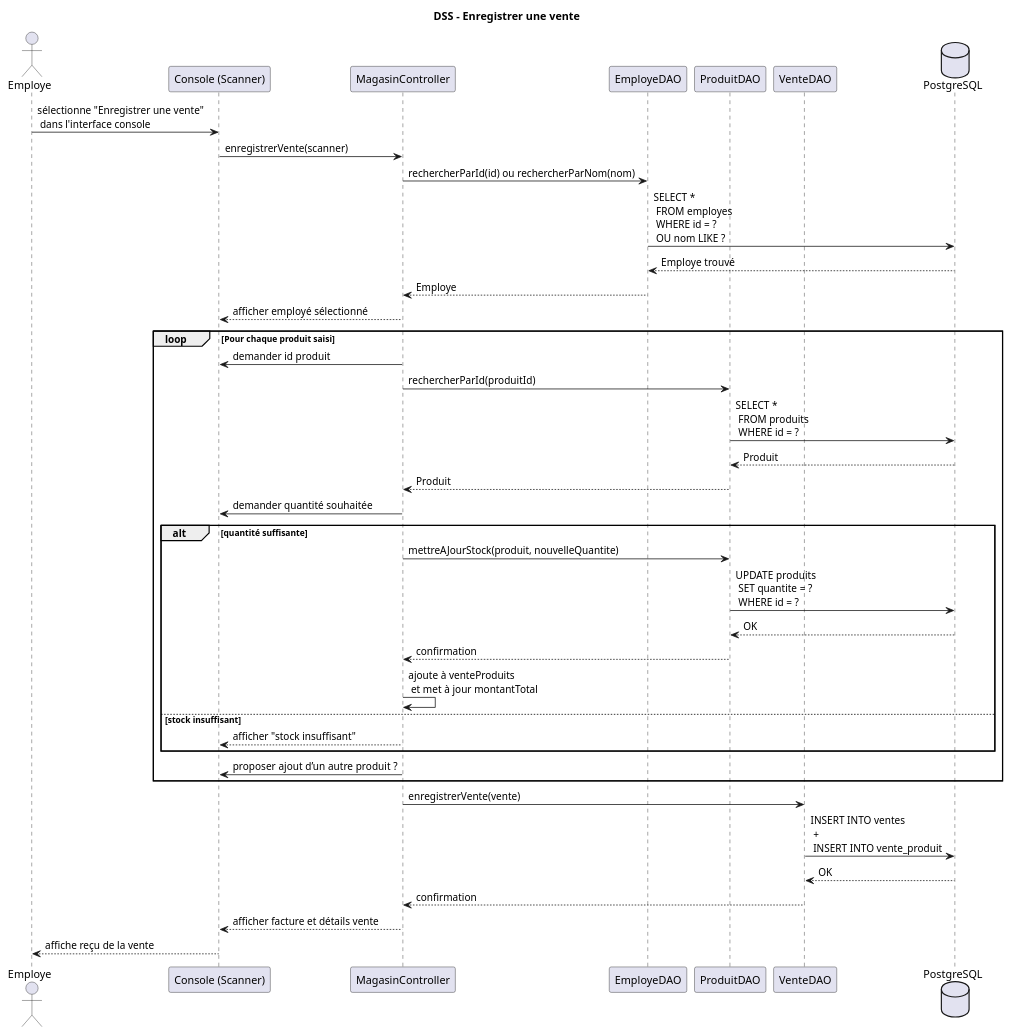
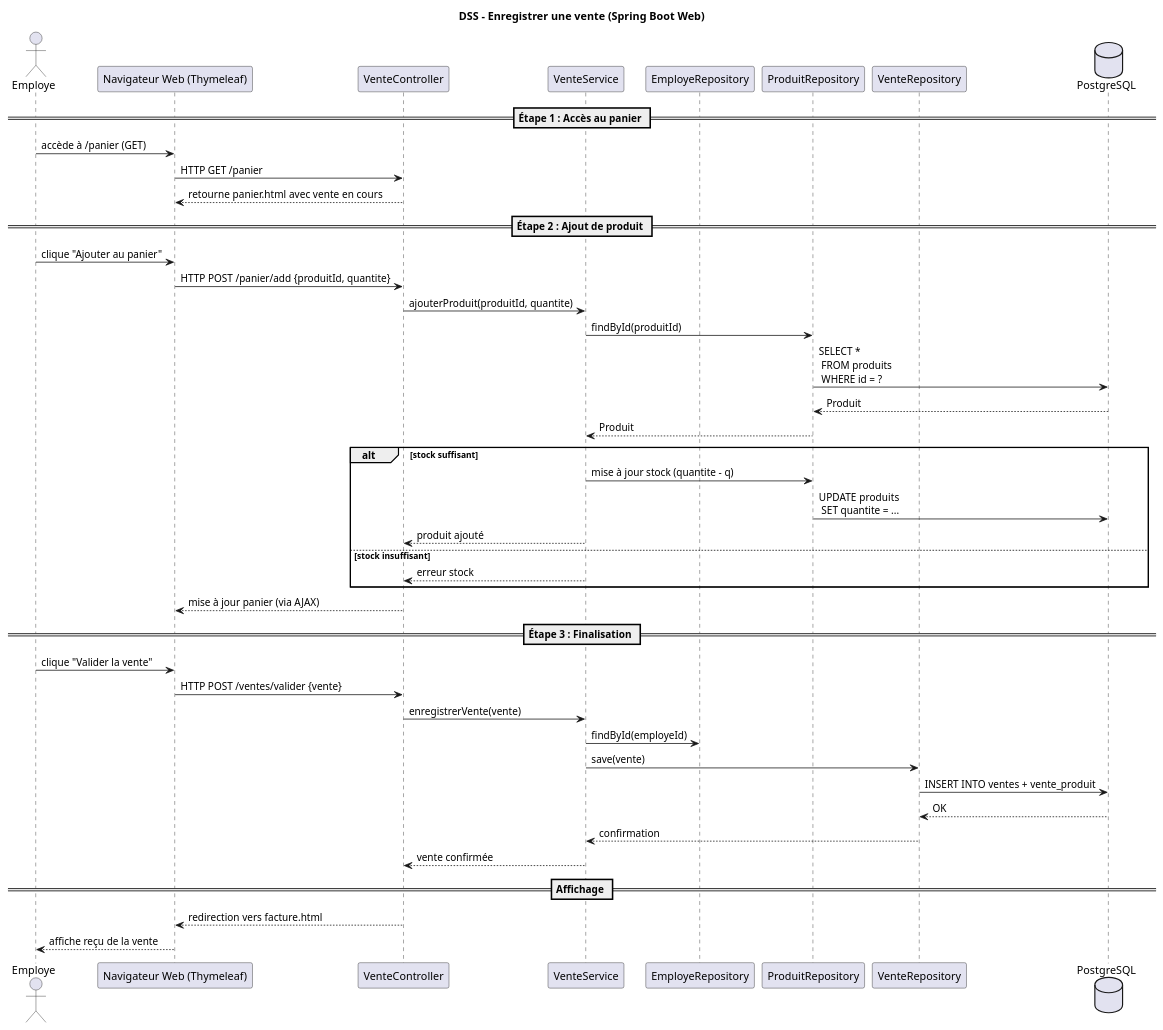
The diagram in docs/diagrams/dss/enregistrerVente.puml (SlitherinSnake/tp0-1-2-log430), drawn with PlantUML before and after one commit. The commit also changed 14 other files, not shown here.

```diff
--- a/docs/diagrams/dss/enregistrerVente.puml
+++ b/docs/diagrams/dss/enregistrerVente.puml
@@ -1,80 +1,98 @@
 @startuml
-title DSS – Enregistrer une vente
+title DSS – Enregistrer une vente (Spring Boot Web)
 
-' === Acteurs et composants impliqués ===
-' L'utilisateur humain (l'employé)
+' === Acteur principal ===
 actor Employe
-' Interface console qui lit la saisie
-participant "Console (Scanner)" as Console
-' Contrôleur principal qui orchestre les actions
-participant "MagasinController" as Controller
-' DAO pour récupérer l'employé
-participant "EmployeDAO" as EmployeDAO
-' DAO pour récupérer et modifier les produits
-participant "ProduitDAO" as ProduitDAO
-' DAO pour enregistrer la vente
-participant "VenteDAO" as VenteDAO
-' Base de données relationnelle utilisée (via Hibernate)
+
+' === Composants Web (architecture MVC Spring Boot) ===
+participant "Navigateur Web (Thymeleaf)" as Vue
+participant "VenteController" as Controller
+participant "VenteService" as Service
+participant "EmployeRepository" as EmployeRepo
+participant "ProduitRepository" as ProduitRepo
+participant "VenteRepository" as VenteRepo
 database "PostgreSQL"
 
-' === Début du scénario ===
-' L’utilisateur interagit avec la console pour choisir l'option d'enregistrer une vente.
-Employe -> Console : sélectionne "Enregistrer une vente" \n dans l'interface console
+== Étape 1 : Accès au panier ==
+Employe -> Vue : accède à /panier (GET)
+' L’employé ouvre la page du panier pour visualiser les produits sélectionnés
 
-' La console appelle le contrôleur avec un Scanner comme paramètre
-Console -> Controller : enregistrerVente(scanner)
+Vue -> Controller : HTTP GET /panier
+' Le navigateur déclenche une requête GET vers le contrôleur
 
-' === Étape 1 : Identification de l'employé ===
-' Le contrôleur demande l'identification d’un employé à partir de l'id ou du nom
-Controller -> EmployeDAO : rechercherParId(id) ou rechercherParNom(nom)
-' Requête SQL pour retrouver l'employé
-EmployeDAO -> PostgreSQL : SELECT * \n FROM employes \n WHERE id = ? \n OU nom LIKE ?
-PostgreSQL --> EmployeDAO : Employe trouvé
-EmployeDAO --> Controller : Employe
-' Le contrôleur affiche les informations de l'employé dans la console
-Controller --> Console : afficher employé sélectionné
+Controller --> Vue : retourne panier.html avec vente en cours
+' Le contrôleur prépare les données de la vente en session et rend la vue HTML
 
-' === Étape 2 : Boucle de sélection des produits ===
-' L'utilisateur entre un ou plusieurs produits avec quantités
-loop Pour chaque produit saisi
-    ' Le contrôleur demande un identifiant de produit
-    Controller -> Console : demander id produit
-    ' Recherche du produit dans la base
-    Controller -> ProduitDAO : rechercherParId(produitId)
-    ProduitDAO -> PostgreSQL : SELECT * \n FROM produits \n WHERE id = ?
-    PostgreSQL --> ProduitDAO : Produit
-    ProduitDAO --> Controller : Produit
+== Étape 2 : Ajout de produit ==
+Employe -> Vue : clique "Ajouter au panier"
+' L’employé choisit un produit et indique une quantité
 
-    ' Demande de quantité à l'utilisateur
-    Controller -> Console : demander quantité souhaitée
+Vue -> Controller : HTTP POST /panier/add {produitId, quantite}
+' La requête POST contient l’identifiant du produit et la quantité demandée
 
-    alt quantité suffisante
-        ' Mise à jour du stock si la quantité est disponible
-        Controller -> ProduitDAO : mettreAJourStock(produit, nouvelleQuantite)
-        ProduitDAO -> PostgreSQL : UPDATE produits \n SET quantite = ? \n WHERE id = ?
-        PostgreSQL --> ProduitDAO : OK
-        ProduitDAO --> Controller : confirmation
-        ' Le contrôleur ajoute le produit à la vente en cours et met à jour le total
-        Controller -> Controller : ajoute à venteProduits \n et met à jour montantTotal
-    else stock insuffisant
-        ' Affichage d'un message d'erreur si le stock est insuffisant
-        Controller --> Console : afficher "stock insuffisant"
-    end
+Controller -> Service : ajouterProduit(produitId, quantite)
+' Le contrôleur délègue la logique métier d’ajout au service
 
-    ' Proposition d’ajouter un autre produit
-    Controller -> Console : proposer ajout d’un autre produit ?
+Service -> ProduitRepo : findById(produitId)
+' Le service vérifie que le produit existe dans la base de données
+
+ProduitRepo -> PostgreSQL : SELECT * \n FROM produits \n WHERE id = ?
+' Une requête SQL est générée pour récupérer le produit par son identifiant
+
+PostgreSQL --> ProduitRepo : Produit
+' La base renvoie les détails du produit
+
+ProduitRepo --> Service : Produit
+' Le produit est renvoyé au service pour traitement
+
+alt stock suffisant
+    Service -> ProduitRepo : mise à jour stock (quantite - q)
+    ' Si la quantité est disponible, le service décrémente le stock du produit
+
+    ProduitRepo -> PostgreSQL : UPDATE produits \n SET quantite = ...
+    ' La mise à jour de la quantité est appliquée dans la base
+
+    Service --> Controller : produit ajouté
+    ' Le service confirme l’ajout du produit au panier
+else stock insuffisant
+    Service --> Controller : erreur stock
+    ' Si le stock est insuffisant, une erreur est renvoyée
 end
 
-' === Étape 3 : Création et enregistrement de la vente ===
-' Enregistrement complet de la vente et des produits associés
-Controller -> VenteDAO : enregistrerVente(vente)
-' Insertion SQL de la vente et des lignes de produits associées
-VenteDAO -> PostgreSQL : INSERT INTO ventes \n + \n INSERT INTO vente_produit
-PostgreSQL --> VenteDAO : OK
-VenteDAO --> Controller : confirmation
+Controller --> Vue : mise à jour panier (via AJAX)
+' Le contrôleur retourne une réponse partielle pour mettre à jour dynamiquement l’affichage du panier
 
-' === Étape finale : affichage confirmation ===
-' Affichage du reçu de la vente à l’utilisateur
-Controller --> Console : afficher facture et détails vente
-Console --> Employe : affiche reçu de la vente
+== Étape 3 : Finalisation ==
+Employe -> Vue : clique "Valider la vente"
+' Une fois le panier complet, l’employé clique pour finaliser la vente
+
+Vue -> Controller : HTTP POST /ventes/valider {vente}
+' La requête POST contient toutes les informations de la vente en cours
+
+Controller -> Service : enregistrerVente(vente)
+' Le contrôleur délègue l’enregistrement complet de la vente au service
+
+Service -> EmployeRepo : findById(employeId)
+' Le service vérifie que l’employé assigné à la vente existe
+
+Service -> VenteRepo : save(vente)
+' Une fois les vérifications faites, la vente est sauvegardée en base
+
+VenteRepo -> PostgreSQL : INSERT INTO ventes + vente_produit
+' Deux tables sont affectées : `ventes` et la table associative `vente_produit`
+
+PostgreSQL --> VenteRepo : OK
+' Confirmation de l’insertion des données
+
+VenteRepo --> Service : confirmation
+Service --> Controller : vente confirmée
+' Le service remonte la confirmation d’enregistrement au contrôleur
+
+== Affichage ==
+Controller --> Vue : redirection vers facture.html
+' Le contrôleur redirige l’utilisateur vers la page de facture générée
+
+Vue --> Employe : affiche reçu de la vente
+' L’employé voit la facture avec les détails de la transaction
+
 @enduml
```
